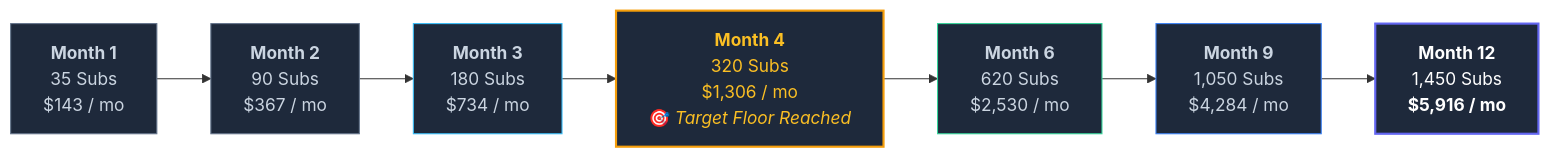
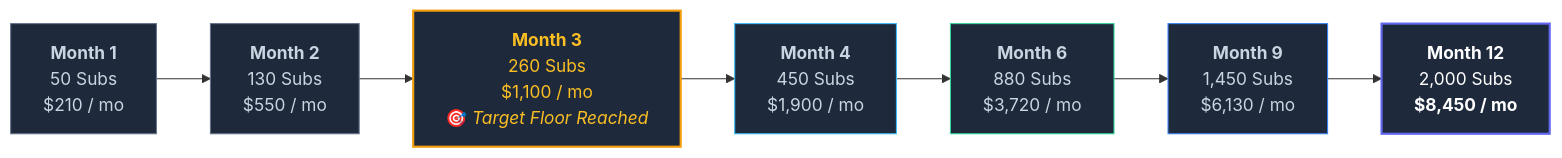
Before and after one commit to martinfou/close-caption: the seventh of 8 diagrams in docs/BUSINESS_PLAN.md, drawn with Mermaid. The commit also changed other lines of this file and 1 other file, not shown here.

````diff
--- a/docs/BUSINESS_PLAN.md
+++ b/docs/BUSINESS_PLAN.md
@@ -240,17 +249,17 @@
 ```mermaid
 graph LR
-    M1["<b>Month 1</b><br/>35 Subs<br/>$143 / mo"] --> M2["<b>Month 2</b><br/>90 Subs<br/>$367 / mo"]
-    M2 --> M3["<b>Month 3</b><br/>180 Subs<br/>$734 / mo"]
-    M3 --> M4["<b>Month 4</b><br/>320 Subs<br/>$1,306 / mo<br/>🎯 <i>Target Floor Reached</i>"]
-    M4 --> M6["<b>Month 6</b><br/>620 Subs<br/>$2,530 / mo"]
-    M6 --> M9["<b>Month 9</b><br/>1,050 Subs<br/>$4,284 / mo"]
-    M9 --> M12["<b>Month 12</b><br/>1,450 Subs<br/><b>$5,916 / mo</b>"]
+    M1["<b>Month 1</b><br/>50 Subs<br/>$210 / mo"] --> M2["<b>Month 2</b><br/>130 Subs<br/>$550 / mo"]
+    M2 --> M3["<b>Month 3</b><br/>260 Subs<br/>$1,100 / mo<br/>🎯 <i>Target Floor Reached</i>"]
+    M3 --> M4["<b>Month 4</b><br/>450 Subs<br/>$1,900 / mo"]
+    M4 --> M6["<b>Month 6</b><br/>880 Subs<br/>$3,720 / mo"]
+    M6 --> M9["<b>Month 9</b><br/>1,450 Subs<br/>$6,130 / mo"]
+    M9 --> M12["<b>Month 12</b><br/>2,000 Subs<br/><b>$8,450 / mo</b>"]
 
     style M1 fill:#1e293b,stroke:#64748b,stroke-width:1px,color:#cbd5e1
     style M2 fill:#1e293b,stroke:#64748b,stroke-width:1px,color:#cbd5e1
-    style M3 fill:#1e293b,stroke:#38bdf8,stroke-width:1px,color:#cbd5e1
-    style M4 fill:#1e293b,stroke:#f59e0b,stroke-width:2px,color:#fbbf24
+    style M3 fill:#1e293b,stroke:#f59e0b,stroke-width:2px,color:#fbbf24
+    style M4 fill:#1e293b,stroke:#38bdf8,stroke-width:1px,color:#cbd5e1
     style M6 fill:#1e293b,stroke:#34d399,stroke-width:1px,color:#cbd5e1
     style M9 fill:#1e293b,stroke:#3b82f6,stroke-width:1px,color:#cbd5e1
     style M12 fill:#1e293b,stroke:#6366f1,stroke-width:2px,color:#ffffff
 ```
````
